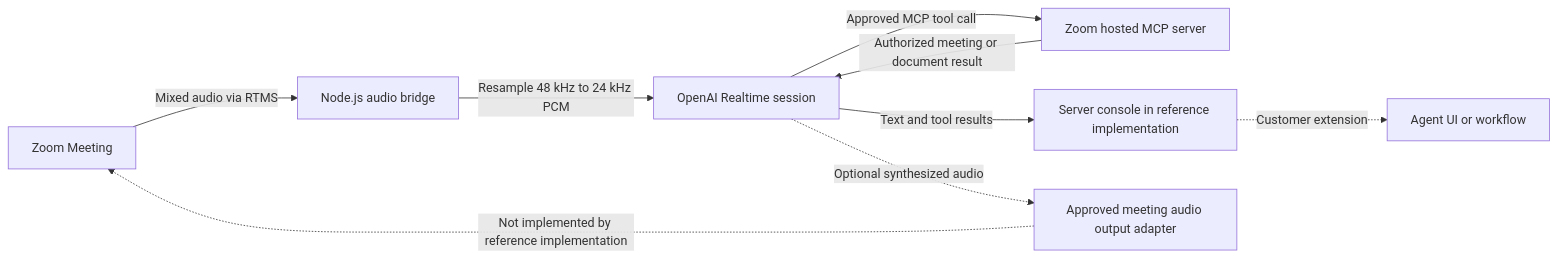
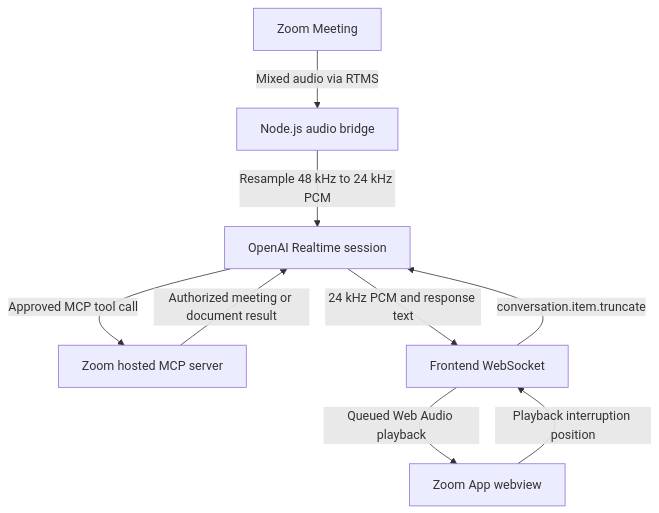
Before and after one commit to zoom/blueprints: the diagram in blueprints/openai-meeting-voice-agent/index.md, drawn with Mermaid. The commit also changed other lines of this file and 1 other file, not shown here.

Commit message:
Use Zoom App playback for meeting voice agent

````diff
--- a/blueprints/openai-meeting-voice-agent/index.md
+++ b/blueprints/openai-meeting-voice-agent/index.md
@@ -69,11 +66,11 @@
 ```mermaid
-flowchart LR
+flowchart TB
     A[Zoom Meeting] -->|Mixed audio via RTMS| B[Node.js audio bridge]
     B -->|Resample 48 kHz to 24 kHz PCM| C[OpenAI Realtime session]
     C -->|Approved MCP tool call| D[Zoom hosted MCP server]
     D -->|Authorized meeting or document result| C
-    C -->|Text and tool results| E[Server console in reference implementation]
-    E -.->|Customer extension| G[Agent UI or workflow]
-    C -.->|Optional synthesized audio| F[Approved meeting audio output adapter]
-    F -.->|Not implemented by reference implementation| A
+    C -->|24 kHz PCM and response text| E[Frontend WebSocket]
+    E -->|Queued Web Audio playback| F[Zoom App webview]
+    F -->|Playback interruption position| E
+    E -->|conversation.item.truncate| C
 ```
````
